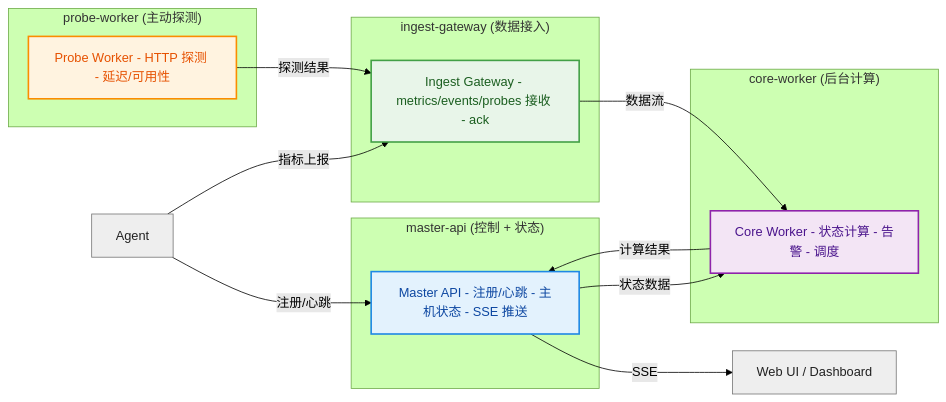
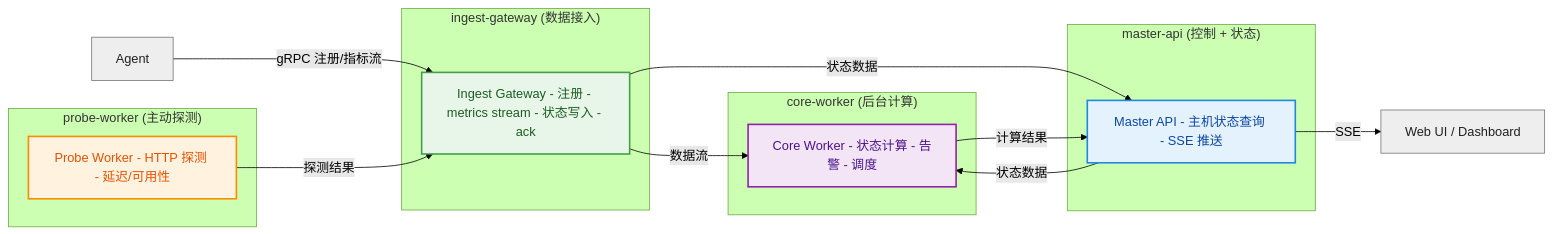
Before and after one commit to gofxq/gaoming: the diagram in README.md, drawn with Mermaid (forest theme). The commit also changed other lines of this file and 40 other files, not shown here.

````diff
--- a/README.md
+++ b/README.md
@@ -56,48 +56,48 @@
 ```mermaid
 flowchart LR
     %% ===== External =====
     Agent["Agent"]
     UI["Web UI / Dashboard"]
 
     %% ===== Control Plane =====
     subgraph ControlPlane["master-api (控制 + 状态)"]
-        Master["Master API - 注册/心跳 - 主机状态 - SSE 推送"]
+        Master["Master API - 主机状态查询 - SSE 推送"]
     end
 
     %% ===== Ingest Layer =====
     subgraph IngestLayer["ingest-gateway (数据接入)"]
-        Ingest["Ingest Gateway - metrics/events/probes 接收 - ack"]
+        Ingest["Ingest Gateway - 注册 - metrics stream - 状态写入 - ack"]
     end
 
     %% ===== Compute Layer =====
     subgraph ComputeLayer["core-worker (后台计算)"]
         Core["Core Worker - 状态计算 - 告警 - 调度"]
     end
 
     %% ===== Probe =====
     subgraph ProbeLayer["probe-worker (主动探测)"]
         Probe["Probe Worker - HTTP 探测 - 延迟/可用性"]
     end
 
     %% ===== Flows =====
-    Agent -->|注册/心跳| Master
-    Agent -->|指标上报| Ingest
+    Agent -->|gRPC 注册/指标流| Ingest
     Master -->|SSE| UI
     Probe -->|探测结果| Ingest
     Ingest -->|数据流| Core
+    Ingest -->|状态数据| Master
     Master -->|状态数据| Core
     Core -->|计算结果| Master
 
     %% ===== Styles =====
     classDef control fill:#e3f2fd,stroke:#1e88e5,stroke-width:2px,color:#0d47a1;
     classDef ingest fill:#e8f5e9,stroke:#43a047,stroke-width:2px,color:#1b5e20;
     classDef compute fill:#f3e5f5,stroke:#8e24aa,stroke-width:2px,color:#4a148c;
     classDef probe fill:#fff3e0,stroke:#fb8c00,stroke-width:2px,color:#e65100;
     classDef external fill:#eeeeee,stroke:#757575,stroke-width:1px,color:#212121;
 
     class Master control;
     class Ingest ingest;
     class Core compute;
     class Probe probe;
     class Agent,UI external;
 ```
````
